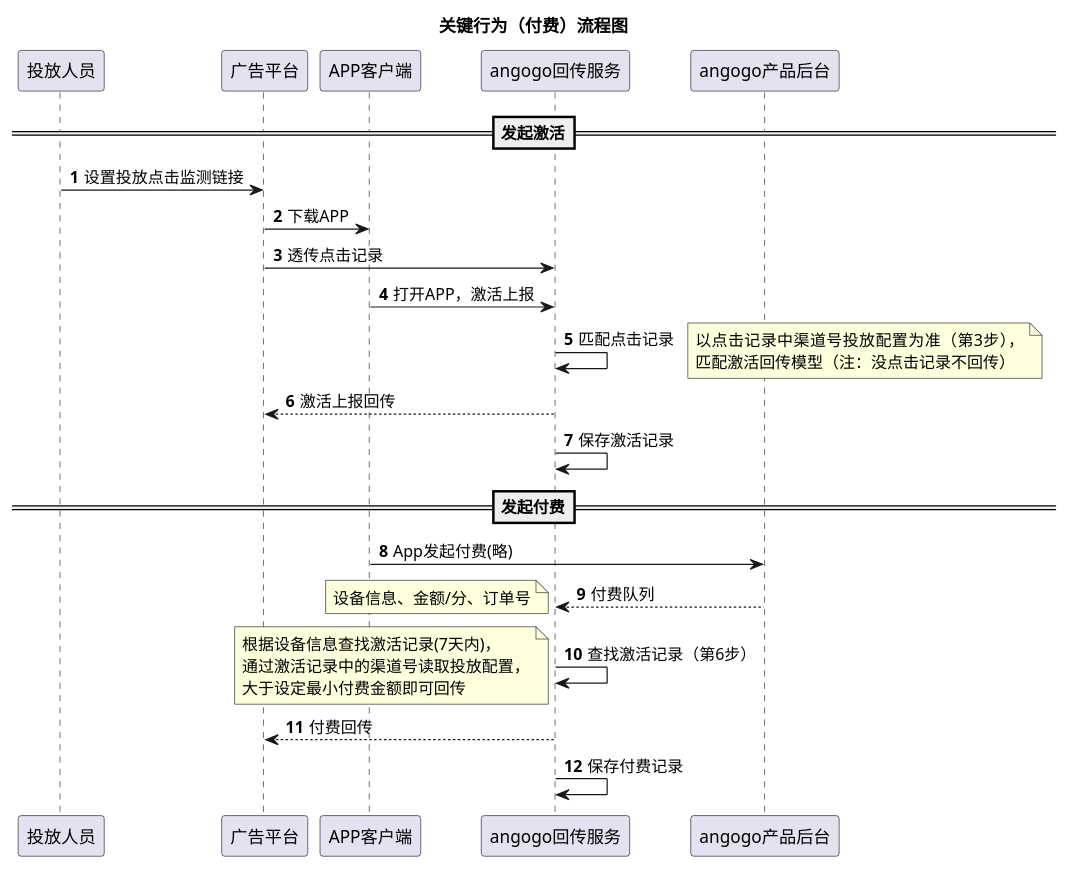
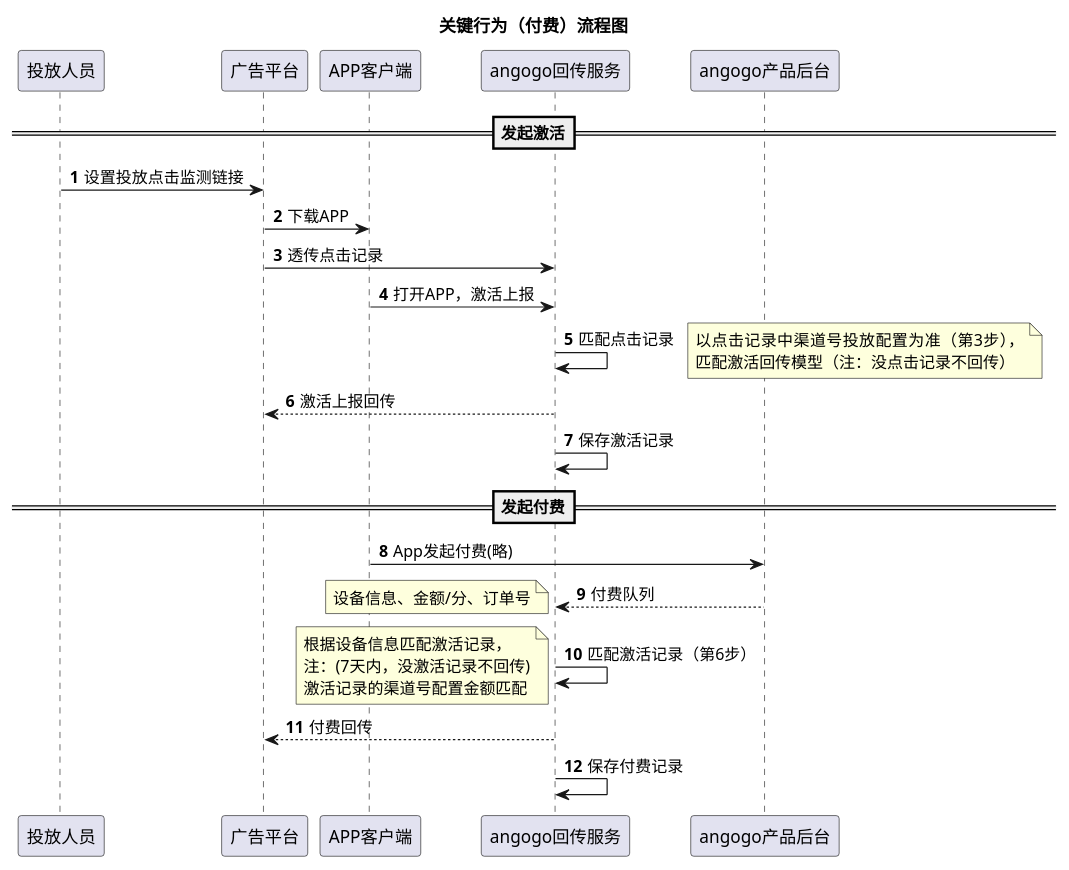
One commit to aoheng/PlantUML changed the diagram in angogo/feedback/behavior.puml. Above: the diagram before and after it, drawn with PlantUML.

Commit message:
feat: 关键行为（付费）流程图

```diff
--- a/angogo/feedback/behavior.puml
+++ b/angogo/feedback/behavior.puml
@@ -1,38 +1,40 @@
 @startuml
 'https://plantuml.com/sequence-diagram
 
 title 关键行为（付费）流程图
 autonumber
 
 ==发起激活==
 投放人员 -> 广告平台 : 设置投放点击监测链接
 广告平台 -> APP客户端: 下载APP
 广告平台 -> angogo回传服务: 透传点击记录
 APP客户端 -> angogo回传服务: 打开APP，激活上报
 angogo回传服务 ->angogo回传服务: 匹配点击记录
 note right
 以点击记录中渠道号投放配置为准（第3步），
 匹配激活回传模型（注：没点击记录不回传）
 end note
 angogo回传服务 --> 广告平台: 激活上报回传
 angogo回传服务 ->angogo回传服务: 保存激活记录
 
 /'newpage'/
 ==发起付费==
 
 APP客户端 -> angogo产品后台: App发起付费(略)
 angogo产品后台 --> angogo回传服务: 付费队列
 note left
 设备信息、金额/分、订单号
 end note
-angogo回传服务 ->angogo回传服务: 查找激活记录（第6步）
+angogo回传服务 ->angogo回传服务: 匹配激活记录（第6步）
 note left
-根据设备信息查找激活记录(7天内)，
-通过激活记录中的渠道号读取投放配置，
-大于设定最小付费金额即可回传
+根据设备信息匹配激活记录，
+注：(7天内，没激活记录不回传)
+激活记录的渠道号配置金额匹配
 end note
 angogo回传服务-->广告平台: 付费回传
 angogo回传服务->angogo回传服务:保存付费记录
 
 
+
+
 @enduml
```
